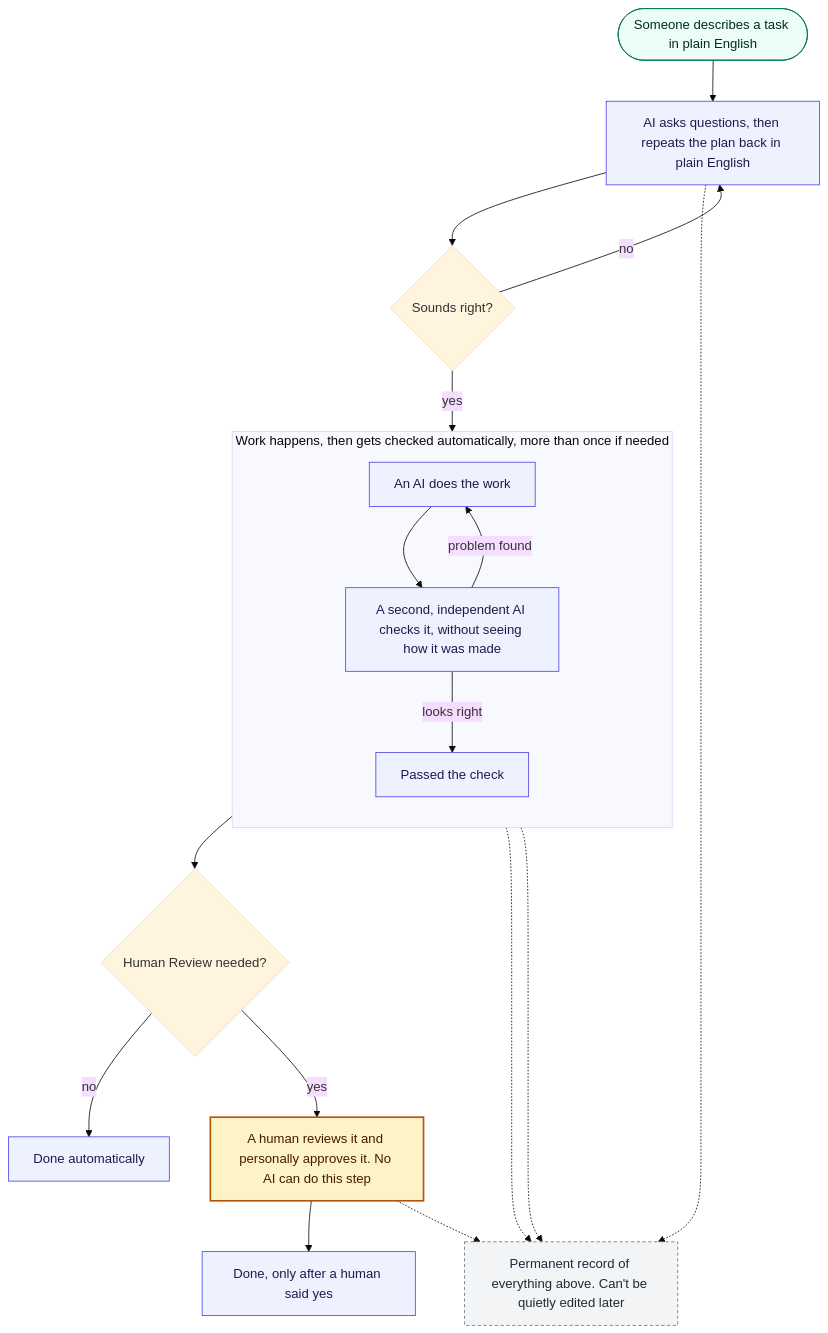
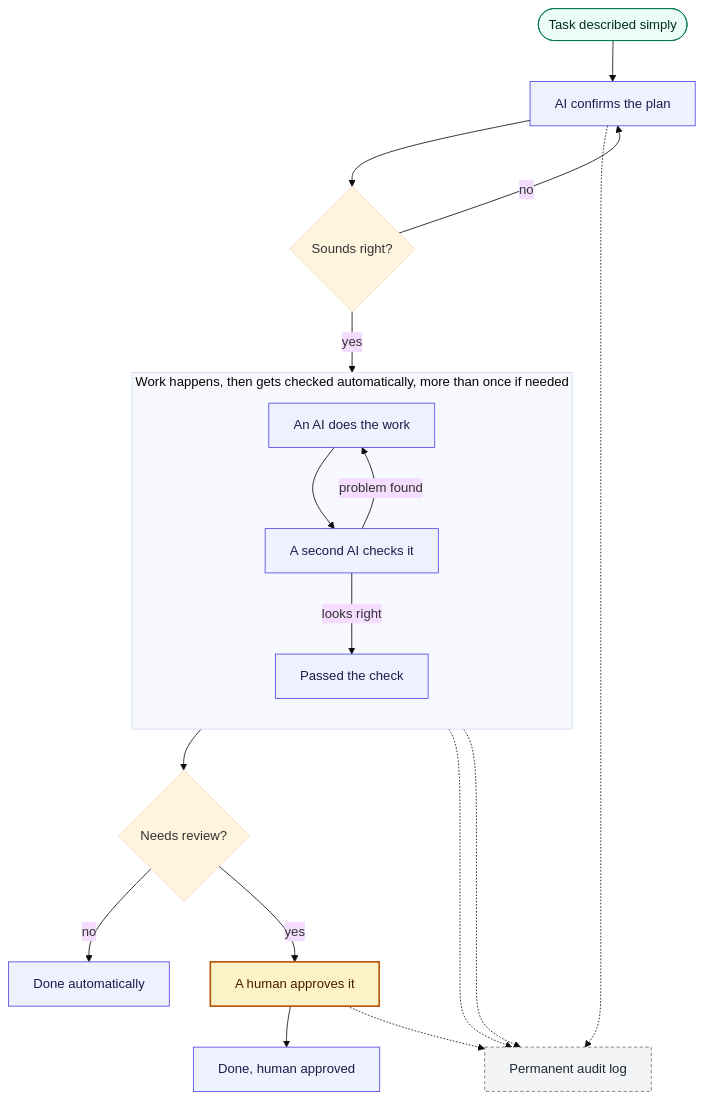
One commit to amtamaddon/intake changed the first of 2 diagrams in README.md. Above: the diagram before and after it, drawn with Mermaid (base theme). The commit also changed other lines of this file and 1 other file, not shown here.

Commit message:
README diagrams: shorten every node label -- the real fix
Visually confirmed via screenshot (browser was finally connected) that
GitHub's Mermaid renderer isn't wrapping long node text at all -- it clips
at a fixed box width regardless of <br/> presence or absence. That's why
both prior attempts (removing <br/>, then the merge) didn't actually fix
anything: neither addressed the real constraint. Empirically, ~20 characters
rendered fully ("An AI does the work"); ~28 characters was already clipped
mid-word. Shortened every node label in both diagrams to fit safely under
that threshold; full detail remains in the prose/numbered list beside each
diagram, which was never clipped.

````diff
--- a/README.md
+++ b/README.md
@@ -26,31 +26,31 @@
 ```mermaid
 flowchart TB
     classDef start fill:#ecfdf5,stroke:#047857,color:#022c22,stroke-width:1px
     classDef ai fill:#eef2ff,stroke:#4f46e5,color:#1e1b4b,stroke-width:1px
     classDef human fill:#fef3c7,stroke:#b45309,color:#451a03,stroke-width:2px
     classDef log fill:#f3f4f6,stroke:#6b7280,color:#1f2937,stroke-width:1px,stroke-dasharray:4 3
 
-    START(["Someone describes a task in plain English"]):::start --> ASK
+    START(["Task described simply"]):::start --> ASK
 
-    ASK["AI asks questions, then repeats the plan back in plain English"]:::ai --> OK{Sounds right?}
+    ASK["AI confirms the plan"]:::ai --> OK{Sounds right?}
     OK -->|no| ASK
     OK -->|yes| DO
 
     subgraph LOOP["Work happens, then gets checked automatically, more than once if needed"]
         direction TB
-        DO["An AI does the work"]:::ai --> CHECK["A second, independent AI checks it, without seeing how it was made"]:::ai
+        DO["An AI does the work"]:::ai --> CHECK["A second AI checks it"]:::ai
         CHECK -->|problem found| DO
         CHECK -->|looks right| PASS["Passed the check"]:::ai
     end
 
-    PASS --> RISK{Human Review needed?}
+    PASS --> RISK{Needs review?}
     RISK -->|no| DONE["Done automatically"]:::ai
-    RISK -->|yes| APPROVE["A human reviews it and personally approves it. No AI can do this step"]:::human
-    APPROVE --> DONE2["Done, only after a human said yes"]:::ai
+    RISK -->|yes| APPROVE["A human approves it"]:::human
+    APPROVE --> DONE2["Done, human approved"]:::ai
 
-    LOG["Permanent record of everything above. Can't be quietly edited later"]:::log
+    LOG["Permanent audit log"]:::log
     ASK -.-> LOG
     DO -.-> LOG
     CHECK -.-> LOG
     APPROVE -.-> LOG
 ```
````
